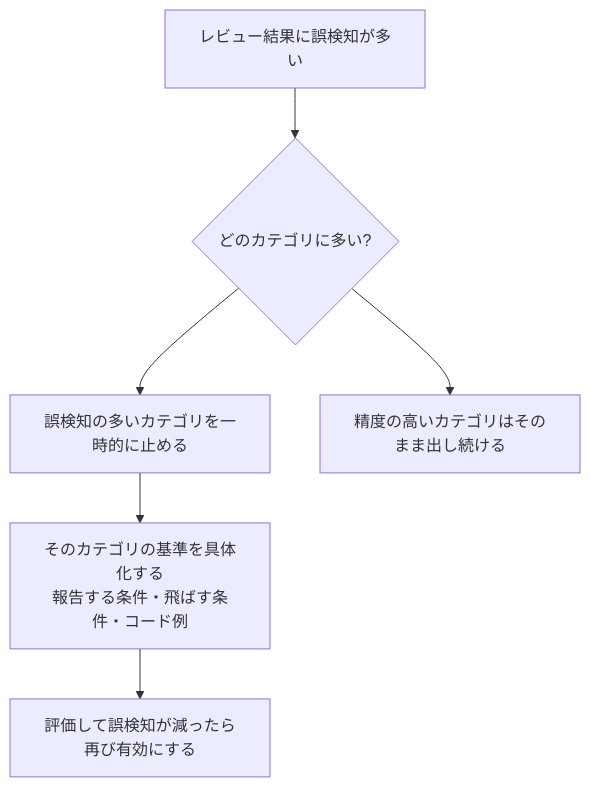
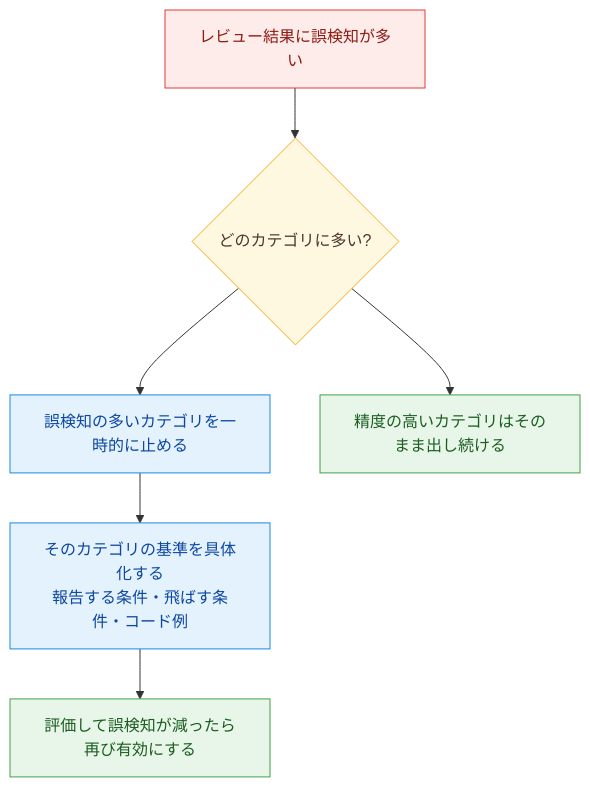
Before and after one commit to yuya-take/yuya-exam-notes: the diagram in ccaf/notes/04-prompt-engineering/explicit-criteria-false-positives.md, drawn with Mermaid. The commit also changed other lines of this file and 50 other files, not shown here.

````diff
--- a/ccaf/notes/04-prompt-engineering/explicit-criteria-false-positives.md
+++ b/ccaf/notes/04-prompt-engineering/explicit-criteria-false-positives.md
@@ -21,8 +23,16 @@
 ```mermaid
 flowchart TD
   A[レビュー結果に誤検知が多い] --> B{どのカテゴリに多い?}
   B --> C[誤検知の多いカテゴリを一時的に止める]
-  C --> D[そのカテゴリの基準を具体化する<br/>報告する条件・飛ばす条件・コード例]
+  C --> D["そのカテゴリの基準を具体化する<br/>報告する条件・飛ばす条件・コード例"]
   D --> E[評価して誤検知が減ったら再び有効にする]
   B --> F[精度の高いカテゴリはそのまま出し続ける]
+  classDef run fill:#e3f2fd,stroke:#1e88e5,color:#0d47a1
+  classDef judge fill:#fff8e1,stroke:#f9a825,color:#4e342e
+  classDef done fill:#e8f5e9,stroke:#43a047,color:#1b5e20
+  classDef ng fill:#fdecea,stroke:#e53935,color:#8e1c13
+  class A ng
+  class B judge
+  class C,D run
+  class E,F done
 ```
````
